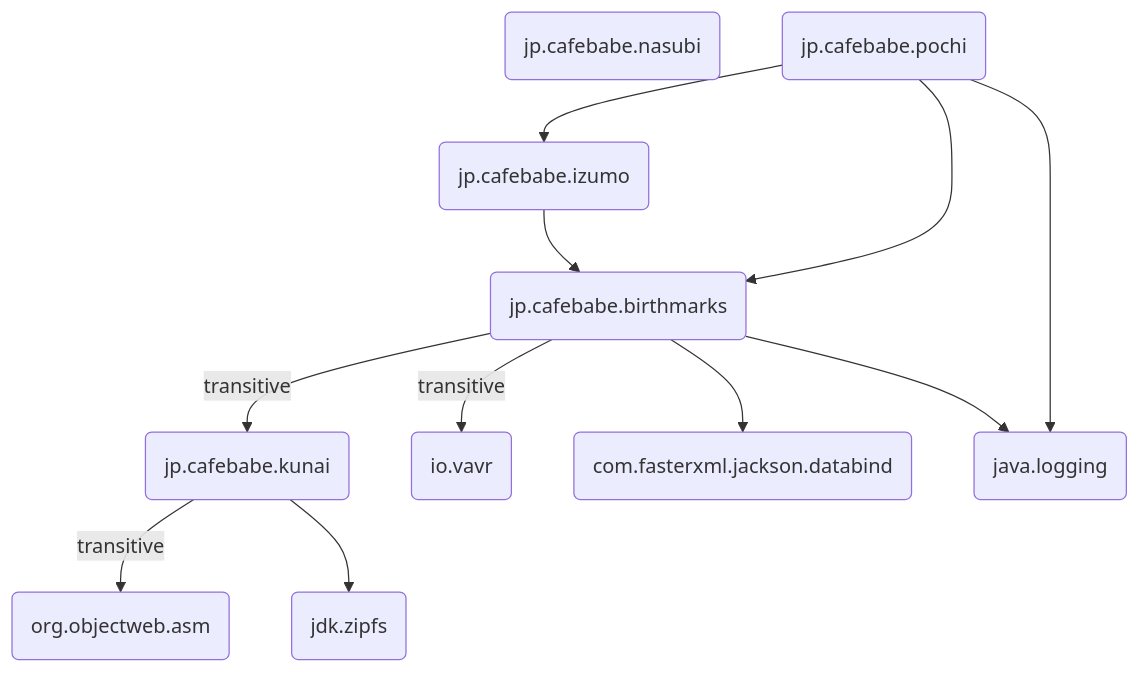
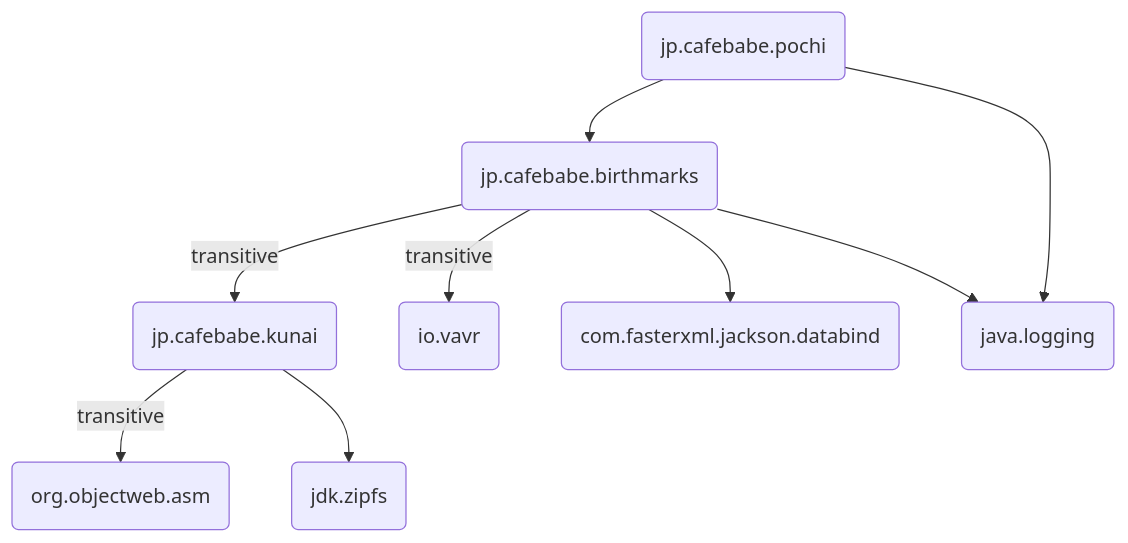
One commit to tamada/pochi changed the diagram in site/content/install.md. Above: the diagram before and after it, drawn with Mermaid. The commit also changed 69 other files, not shown here.

Commit message:
remove nasubi and izumo merged into pochi-core

```diff
--- a/site/content/install.md
+++ b/site/content/install.md
@@ -52,24 +52,20 @@
 {{< mermaid >}}
 graph TB;
-nasubi(jp.cafebabe.nasubi)
-izumo(jp.cafebabe.izumo)
 kunai(jp.cafebabe.kunai)
 api(jp.cafebabe.birthmarks)
 pochi(jp.cafebabe.pochi)
 vavr(io.vavr)
 asm(org.objectweb.asm)
 logging(java.logging)
 jackson(com.fasterxml.jackson.databind)
 zipfs(jdk.zipfs)
 
 api -- transitive --> kunai
 kunai -- transitive --> asm
 kunai --> zipfs
 api -- transitive --> vavr
-izumo --> api
 api --> jackson
-pochi --> izumo
 pochi --> api
 api --> logging
 pochi --> logging
 {{< /mermaid >}}
```
